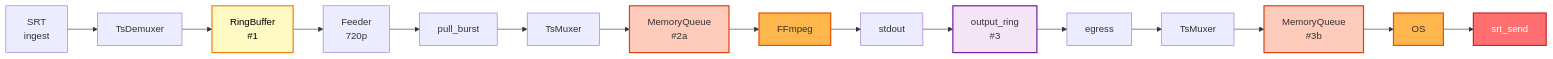
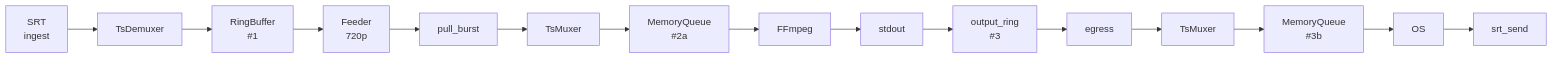
One commit to krsna1729/restream changed the tenth of 24 diagrams in docs/run-to-completion-analysis.md. Above: the diagram before and after it, drawn with Mermaid. The commit also changed other lines of this file and 6 other files, not shown here.

First line of the commit message:
docs: retire duplicate SVG and styled diagram variants

````diff
--- a/docs/run-to-completion-analysis.md
+++ b/docs/run-to-completion-analysis.md
@@ -399,14 +327,6 @@
 ```mermaid
-graph LR
+flowchart LR
     A["SRT<br/>ingest"] --> B["TsDemuxer"] --> C["RingBuffer<br/>#1"] --> D["Feeder<br/>720p"] --> E["pull_burst"]
     E --> F["TsMuxer"] --> G["MemoryQueue<br/>#2a"] --> H["FFmpeg"] --> I["stdout"] --> J["output_ring<br/>#3"]
     J --> K["egress"] --> L["TsMuxer"] --> M["MemoryQueue<br/>#3b"] --> N["OS"] --> O["srt_send"]
-    
-    style C fill:#fff9c4,stroke:#f57f17,stroke-width:2px,color:#000
-    style G fill:#ffccbc,stroke:#d84315,stroke-width:2px,color:#333
-    style H fill:#ffb74d,stroke:#e65100,stroke-width:2px,color:#333
-    style J fill:#f3e5f5,stroke:#7b1fa2,stroke-width:2px,color:#333
-    style M fill:#ffccbc,stroke:#d84315,stroke-width:2px,color:#333
-    style N fill:#ffb74d,stroke:#e65100,stroke-width:2px,color:#333
-    style O fill:#ff6f6f,stroke:#c62828,stroke-width:2px,color:#fff
 ```
````
